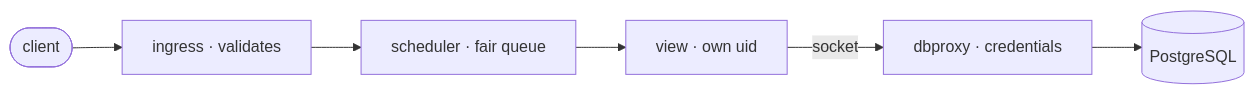
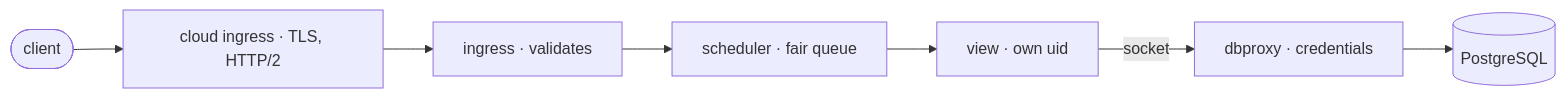
The diagram in README.md (OffworldNexus/blastit), drawn with Mermaid before and after one commit. The commit also changed other lines of this file and 19 other files, not shown here.

````diff
--- a/README.md
+++ b/README.md
@@ -19,8 +31,8 @@
 ```mermaid
 flowchart LR
-    client(["client"]) --> ingress["ingress · validates"]
-    ingress --> sched["scheduler · fair queue"]
+    client(["client"]) --> edge["cloud ingress · TLS, HTTP/2"]
+    edge --> ingress["ingress · validates"] --> sched["scheduler · fair queue"]
     sched --> view["view · own uid"]
     view -- "socket" --> dbproxy["dbproxy · credentials"]
     dbproxy --> db[("PostgreSQL")]
 ```
````
